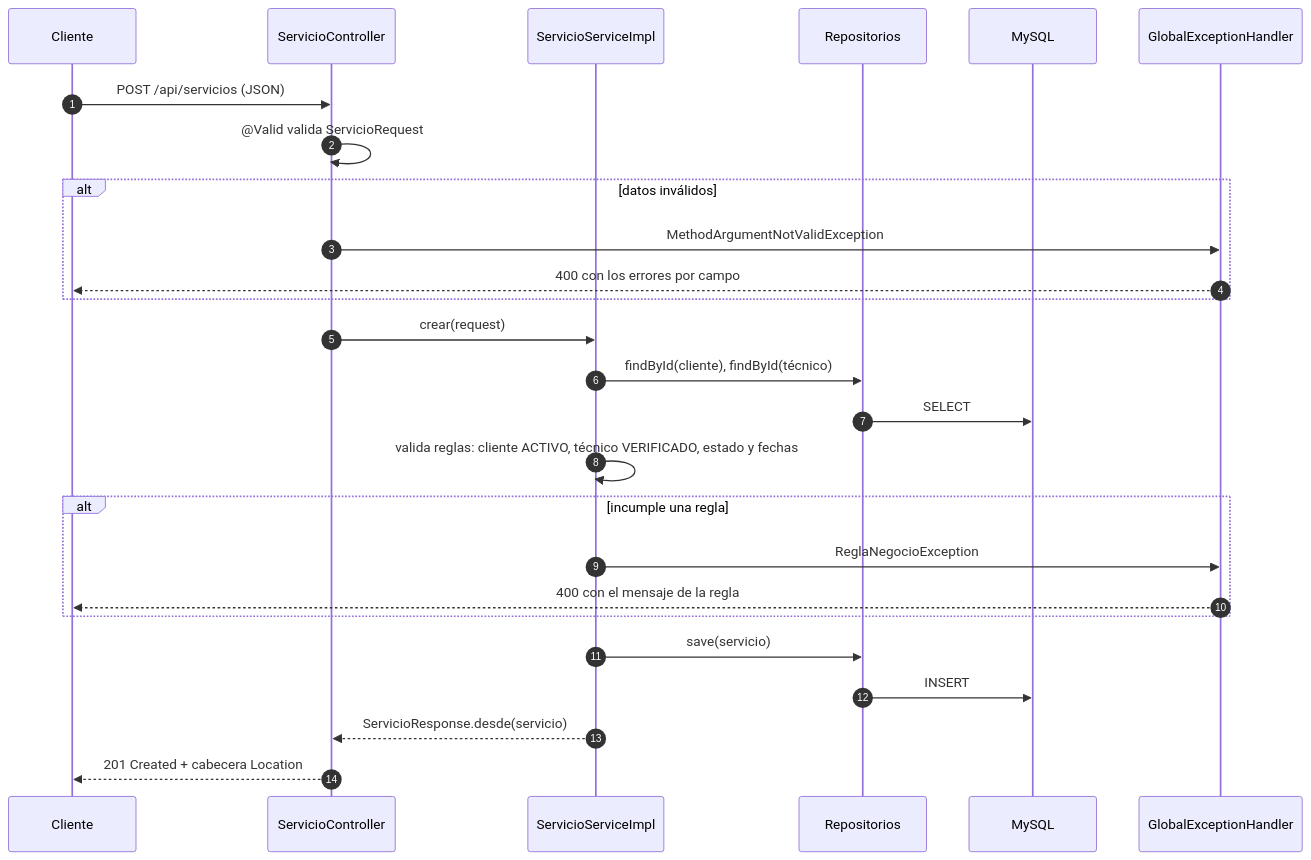
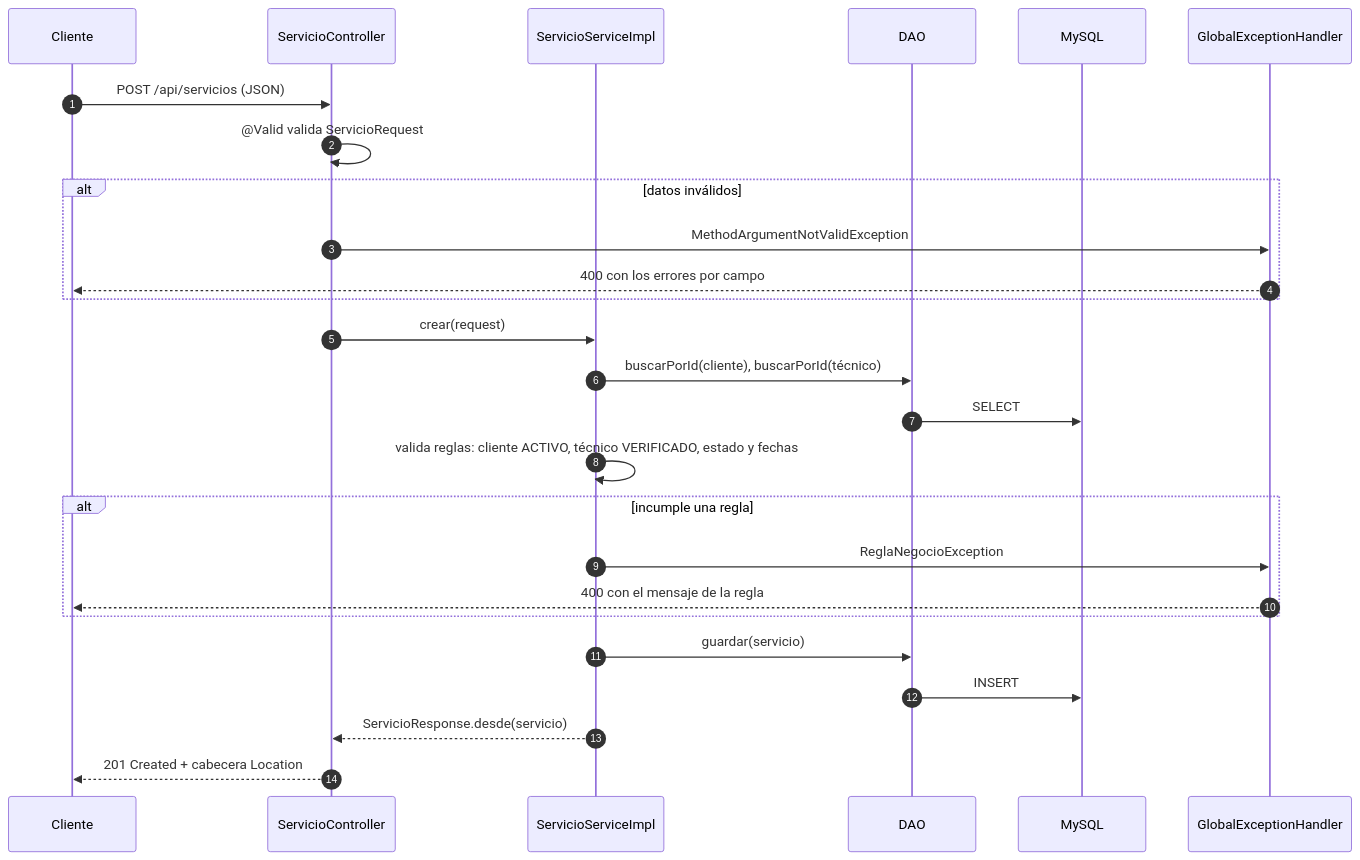
Before and after one commit to nando0304/tecnicoya-api: the second of 3 diagrams in docs/descripcion-sistema.md, drawn with Mermaid. The commit also changed other lines of this file and 85 other files, not shown here.

````diff
--- a/docs/descripcion-sistema.md
+++ b/docs/descripcion-sistema.md
@@ -61,28 +61,28 @@
 ```mermaid
 sequenceDiagram
     autonumber
     participant C as Cliente
     participant SC as ServicioController
     participant SS as ServicioServiceImpl
-    participant R as Repositorios
+    participant R as DAO
     participant DB as MySQL
     participant EH as GlobalExceptionHandler
     C->>SC: POST /api/servicios (JSON)
     SC->>SC: @Valid valida ServicioRequest
     alt datos inválidos
         SC->>EH: MethodArgumentNotValidException
         EH-->>C: 400 con los errores por campo
     end
     SC->>SS: crear(request)
-    SS->>R: findById(cliente), findById(técnico)
+    SS->>R: buscarPorId(cliente), buscarPorId(técnico)
     R->>DB: SELECT
     SS->>SS: valida reglas: cliente ACTIVO, técnico VERIFICADO, estado y fechas
     alt incumple una regla
         SS->>EH: ReglaNegocioException
         EH-->>C: 400 con el mensaje de la regla
     end
-    SS->>R: save(servicio)
+    SS->>R: guardar(servicio)
     R->>DB: INSERT
     SS-->>SC: ServicioResponse.desde(servicio)
     SC-->>C: 201 Created + cabecera Location
 ```
````
